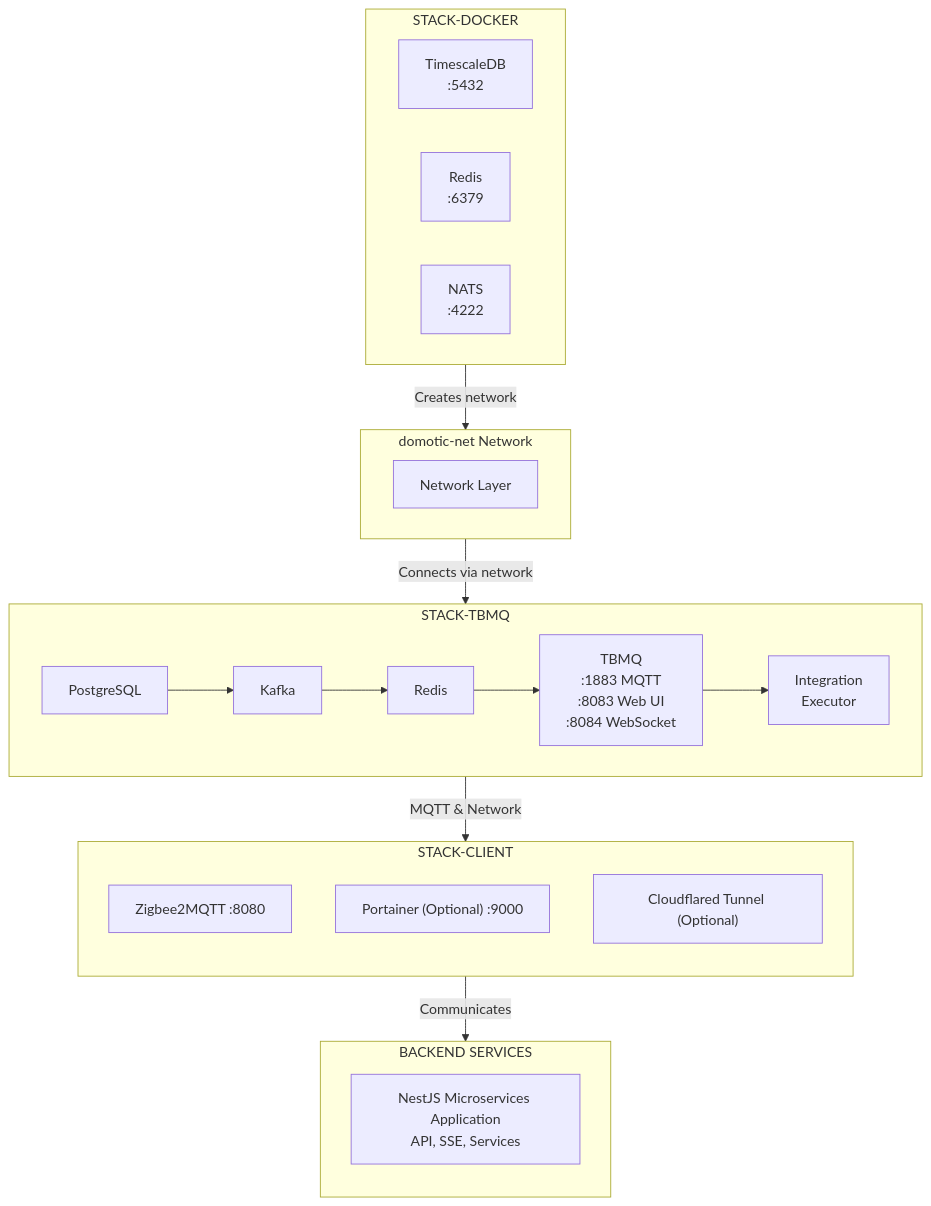
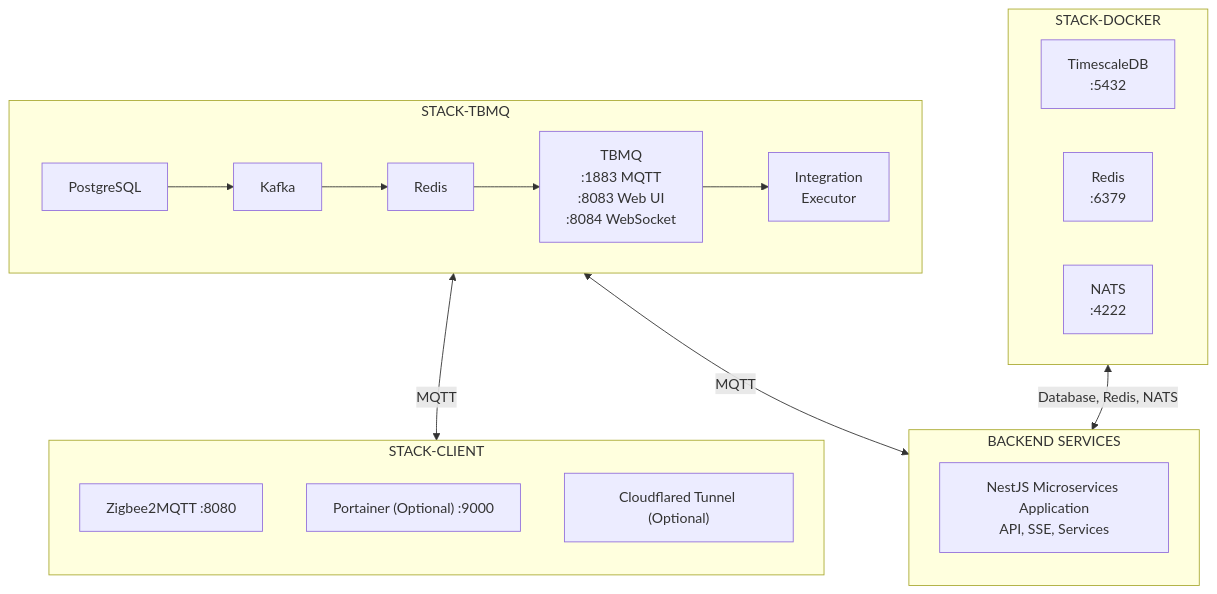
Before and after one commit to adriandy89/domotic-ai: the diagram in README.md, drawn with Mermaid.

Commit message:
docs: update Mermaid diagram to clarify MQTT connections and add backend services.

````diff
--- a/README.md
+++ b/README.md
@@ -267,40 +267,34 @@
 ```mermaid
 flowchart TD
     subgraph SD["STACK-DOCKER"]
         direction LR
         TS["TimescaleDB<br/>:5432"]
         RD["Redis<br/>:6379"]
         NT["NATS<br/>:4222"]
-    end
-    
-    subgraph NET["domotic-net Network"]
-        direction LR
-        NL["Network Layer"]
     end
     
     subgraph TBMQ["STACK-TBMQ"]
         direction LR
         PG["PostgreSQL"] --> KF["Kafka"]
         KF --> RD2["Redis"]
         RD2 --> TBMQ_SVC["TBMQ<br/>:1883 MQTT<br/>:8083 Web UI<br/>:8084 WebSocket"]
         TBMQ_SVC --> IE["Integration<br/>Executor"]
     end
     
     subgraph CLIENT["STACK-CLIENT"]
         direction TB
         Z2M["Zigbee2MQTT :8080"]
         PTR["Portainer (Optional) :9000"]
         CF["Cloudflared Tunnel (Optional)"]
     end
     
     subgraph BACKEND["BACKEND SERVICES"]
         direction TB
         NEST["NestJS Microservices Application<br/>API, SSE, Services"]
     end
     
-    SD -->|"Creates network"| NET
-    NET -->|"Connects via network"| TBMQ
-    TBMQ -->|"MQTT & Network"| CLIENT
-    CLIENT -->|"Communicates"| BACKEND
+    SD <--> |"Database, Redis, NATS"| BACKEND
+    TBMQ <--> |"MQTT"| CLIENT
+    TBMQ <--> |"MQTT"| BACKEND
     
 ```
````
